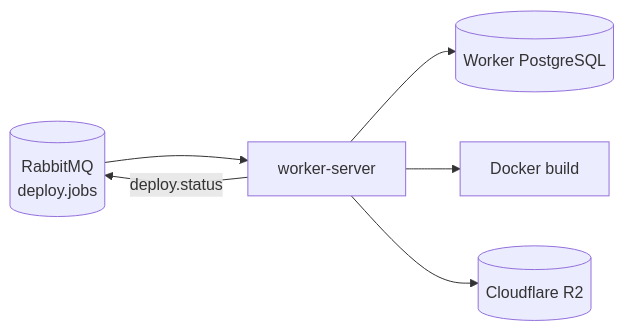
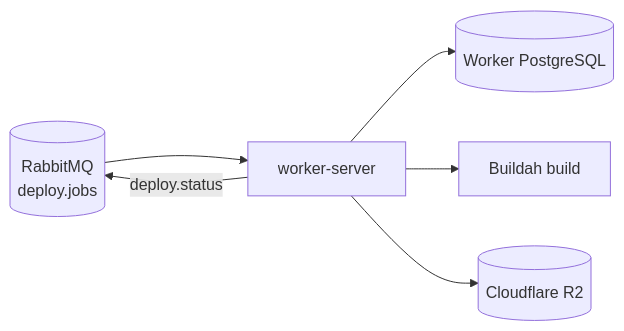
The diagram in worker-server/README.md (Parth06102006/Zero-Devops), drawn with Mermaid before and after one commit. The commit also changed other lines of this file and 4 other files, not shown here.

````diff
--- a/worker-server/README.md
+++ b/worker-server/README.md
@@ -20,8 +20,8 @@
 ```mermaid
 flowchart LR
     MQ[(RabbitMQ\ndeploy.jobs)] --> Worker[worker-server]
     Worker --> PG[(Worker PostgreSQL)]
-    Worker --> Docker[Docker build]
+    Worker --> Builder[Buildah build]
     Worker --> R2[(Cloudflare R2)]
     Worker -->|deploy.status| MQ
 ```
````
